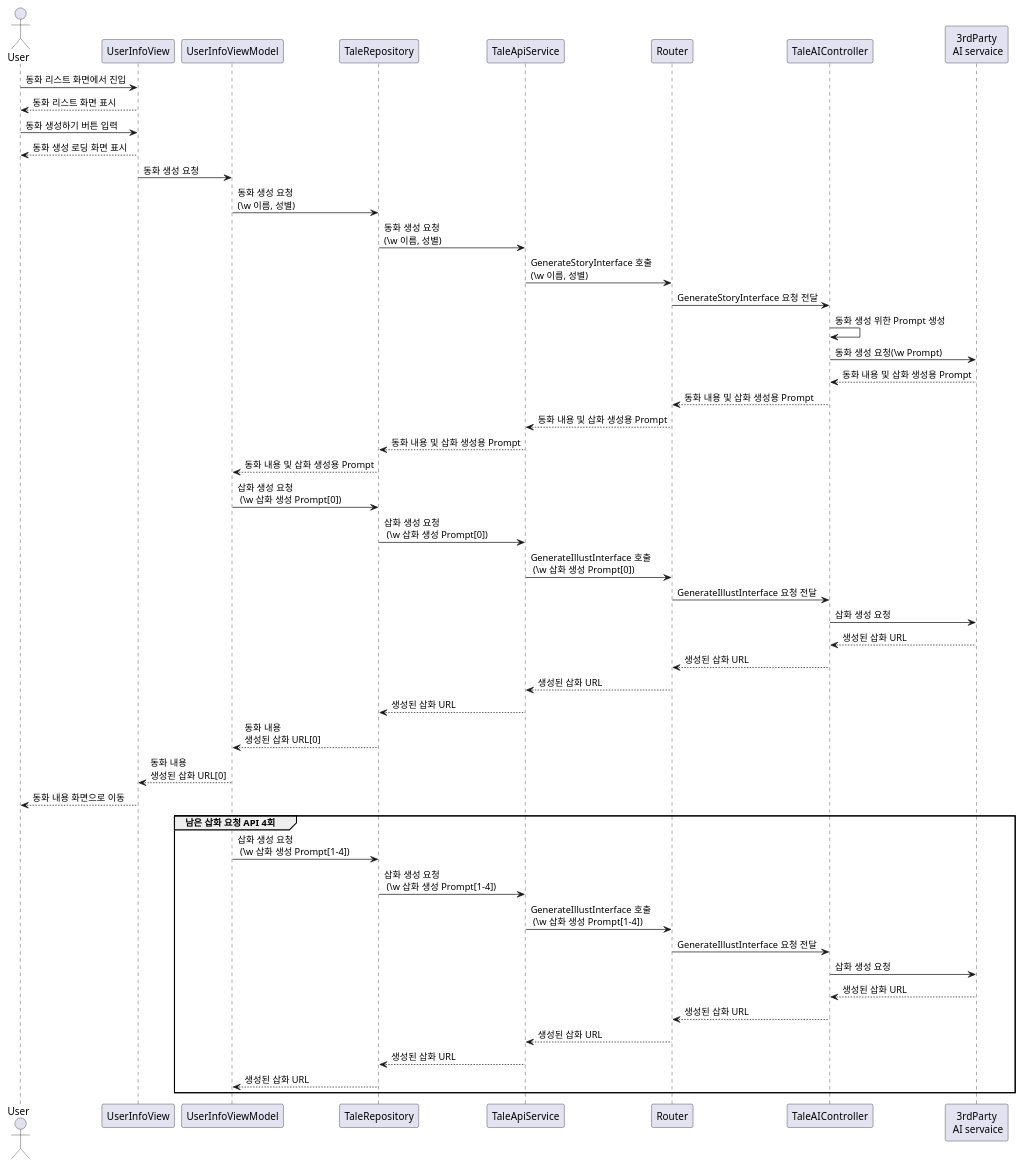
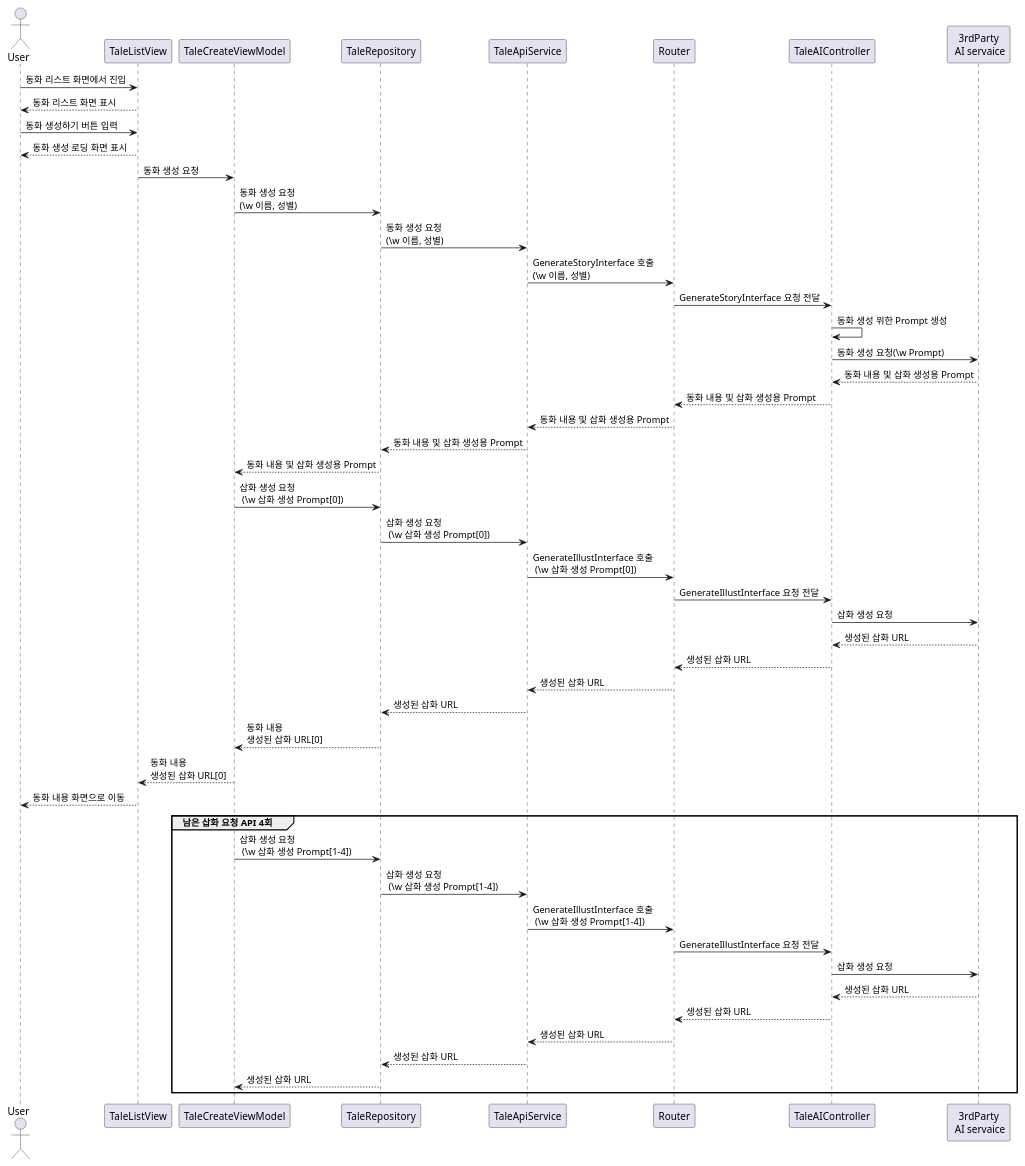
Before and after one commit to judy-juyeon-park/KTP522: the diagram in design/UML/LV2_logic_seq_ai_create_tale.wsd, drawn with PlantUML. The commit also changed 1 other file, not shown here.

Commit message:
Change view name

```diff
--- a/design/UML/LV2_logic_seq_ai_create_tale.wsd
+++ b/design/UML/LV2_logic_seq_ai_create_tale.wsd
@@ -1,54 +1,54 @@
 @startuml seq_get_tale_list
 
 actor User as user
-participant UserInfoView as view
-participant UserInfoViewModel as vm
+participant TaleListView as view
+participant TaleCreateViewModel as vm
 participant TaleRepository as repo
 participant TaleApiService as api
 participant Router as router
 participant TaleAIController as ctr
 participant "3rdParty\n AI servaice" as ai
 
 
 user -> view : 동화 리스트 화면에서 진입
 view --> user : 동화 리스트 화면 표시
 user -> view : 동화 생성하기 버튼 입력
 view --> user : 동화 생성 로딩 화면 표시
 view -> vm : 동화 생성 요청
 vm -> repo : 동화 생성 요청\n(\w 이름, 성별)
 repo -> api : 동화 생성 요청\n(\w 이름, 성별)
 api -> router : GenerateStoryInterface 호출\n(\w 이름, 성별)
 router -> ctr : GenerateStoryInterface 요청 전달
 ctr -> ctr : 동화 생성 위한 Prompt 생성
 ctr -> ai : 동화 생성 요청(\w Prompt)
 ai --> ctr : 동화 내용 및 삽화 생성용 Prompt
 ctr --> router : 동화 내용 및 삽화 생성용 Prompt
 router --> api : 동화 내용 및 삽화 생성용 Prompt
 api --> repo : 동화 내용 및 삽화 생성용 Prompt
 repo --> vm :  동화 내용 및 삽화 생성용 Prompt
 vm -> repo : 삽화 생성 요청\n (\w 삽화 생성 Prompt[0])
 repo -> api : 삽화 생성 요청\n (\w 삽화 생성 Prompt[0])
 api -> router : GenerateIllustInterface 호출\n (\w 삽화 생성 Prompt[0])
 router -> ctr : GenerateIllustInterface 요청 전달
 ctr -> ai : 삽화 생성 요청
 ai --> ctr : 생성된 삽화 URL
 ctr --> router : 생성된 삽화 URL
 router --> api : 생성된 삽화 URL
 api --> repo : 생성된 삽화 URL
 repo --> vm : 동화 내용\n생성된 삽화 URL[0]
 vm --> view : 동화 내용\n생성된 삽화 URL[0]
 view --> user : 동화 내용 화면으로 이동
 group 남은 삽화 요청 API 4회
     vm -> repo : 삽화 생성 요청\n (\w 삽화 생성 Prompt[1-4])
     repo -> api : 삽화 생성 요청\n (\w 삽화 생성 Prompt[1-4])
     api -> router : GenerateIllustInterface 호출\n (\w 삽화 생성 Prompt[1-4])
     router -> ctr : GenerateIllustInterface 요청 전달
     ctr -> ai : 삽화 생성 요청
     ai --> ctr : 생성된 삽화 URL
     ctr --> router : 생성된 삽화 URL
     router --> api : 생성된 삽화 URL
     api --> repo : 생성된 삽화 URL
     repo --> vm : 생성된 삽화 URL
 end
 
 @enduml
```
